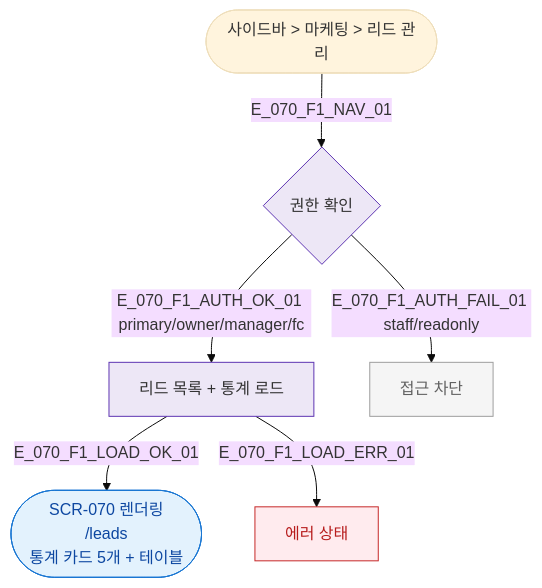
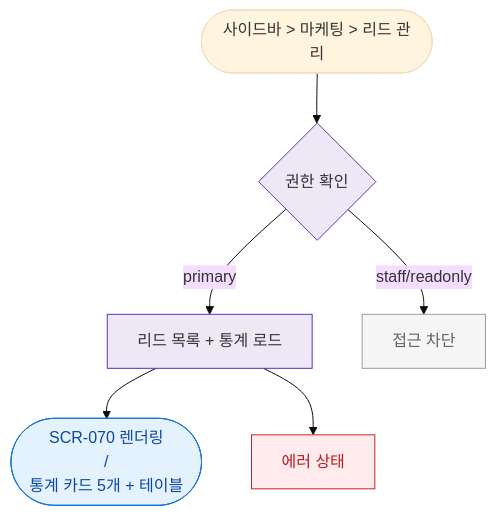
One commit to dev-spogym/admin-pando changed the diagram in docs/다이어그램/D08_마케팅/SCR-070_리드관리/F1_진입.md. Above: the diagram before and after it, drawn with Mermaid (base theme). The commit also changed other lines of this file and 1660 other files, not shown here.

First line of the commit message:
다이어그램: 기획자/클라이언트 납품본으로 정리

````diff
--- a/docs/다이어그램/D08_마케팅/SCR-070_리드관리/F1_진입.md
+++ b/docs/다이어그램/D08_마케팅/SCR-070_리드관리/F1_진입.md
@@ -14,21 +12,21 @@
 ```mermaid
 flowchart TD
   SIDEBAR([사이드바 > 마케팅 > 리드 관리])
-  SIDEBAR -->|E_070_F1_NAV_01| AUTH{권한 확인}
+  SIDEBAR --> AUTH{권한 확인}
 
-  AUTH -->|E_070_F1_AUTH_OK_01 primary/owner/manager/fc| LOAD[리드 목록 + 통계 로드]
-  AUTH -->|E_070_F1_AUTH_FAIL_01 staff/readonly| BLOCKED[접근 차단]
+  AUTH -->|primary|LOAD[리드 목록 + 통계 로드]
+  AUTH -->|staff/readonly|BLOCKED[접근 차단]
 
-  LOAD -->|E_070_F1_LOAD_OK_01| SCR_070([SCR-070 렌더링\n/leads\n통계 카드 5개 + 테이블])
-  LOAD -->|E_070_F1_LOAD_ERR_01| ERR[에러 상태]
+  LOAD --> SCR_070([SCR-070 렌더링\n/\n통계 카드 5개 + 테이블])
+  LOAD --> ERR[에러 상태]
 
-  classDef screen      fill:#E3F2FD,stroke:#1976D2,color:#0D47A1
-  classDef system      fill:#EDE7F6,stroke:#5E35B2
-  classDef error       fill:#FFEBEE,stroke:#C62828,color:#B71C1C
+  classDef screen fill:#E3F2FD,stroke:#1976D2,color:#0D47A1
+  classDef system fill:#EDE7F6,stroke:#5E35B2
+  classDef error fill:#FFEBEE,stroke:#C62828,color:#B71C1C
   classDef rbacBlocked fill:#F5F5F5,stroke:#9E9E9E,color:#616161
 
   class SCR_070 screen
   class LOAD,AUTH system
   class ERR error
   class BLOCKED rbacBlocked
 ```
````
